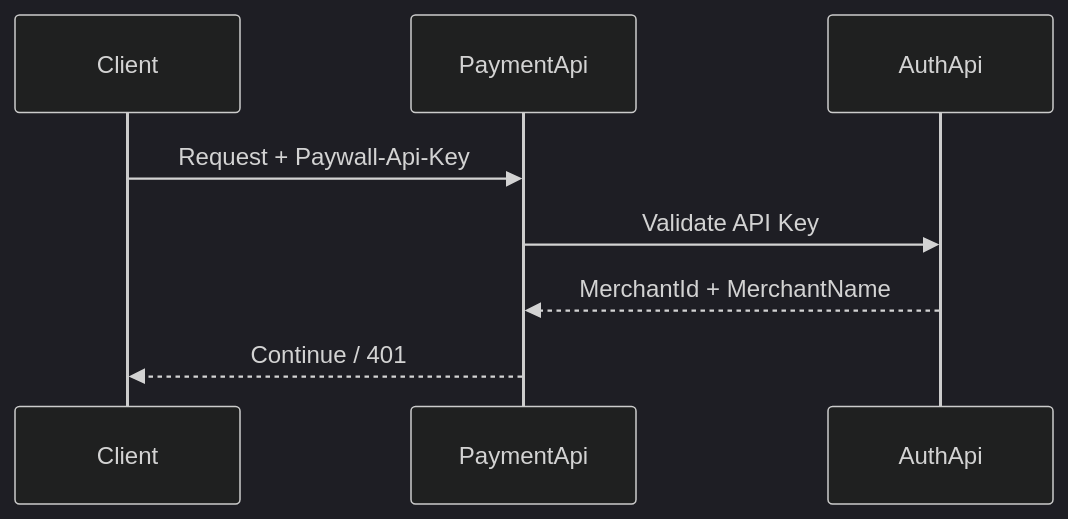
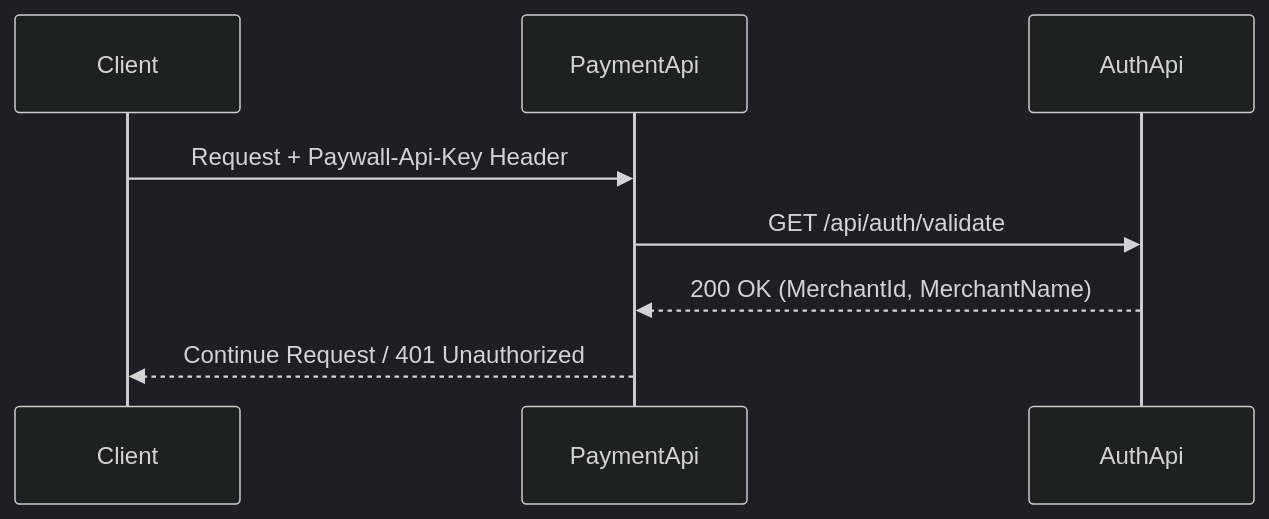
The second of 4 diagrams in README.md (hsyndnc/Read.me-Ornek), drawn with Mermaid (dark theme) before and after one commit. The commit also changed other lines of this file, not shown here.

First line of the commit message:
Revise README with API endpoints and architecture details

````diff
--- a/README.md
+++ b/README.md
@@ -246,12 +205,11 @@
 ```mermaid
 sequenceDiagram
     participant Client
     participant PaymentApi
     participant AuthApi
 
-    Client->>PaymentApi: Request + Paywall-Api-Key
-    PaymentApi->>AuthApi: Validate API Key
-    AuthApi-->>PaymentApi: MerchantId + MerchantName
-    PaymentApi-->>Client: Continue / 401
-
+    Client->>PaymentApi: Request + Paywall-Api-Key Header
+    PaymentApi->>AuthApi: GET /api/auth/validate
+    AuthApi-->>PaymentApi: 200 OK (MerchantId, MerchantName)
+    PaymentApi-->>Client: Continue Request / 401 Unauthorized
 ```
````
